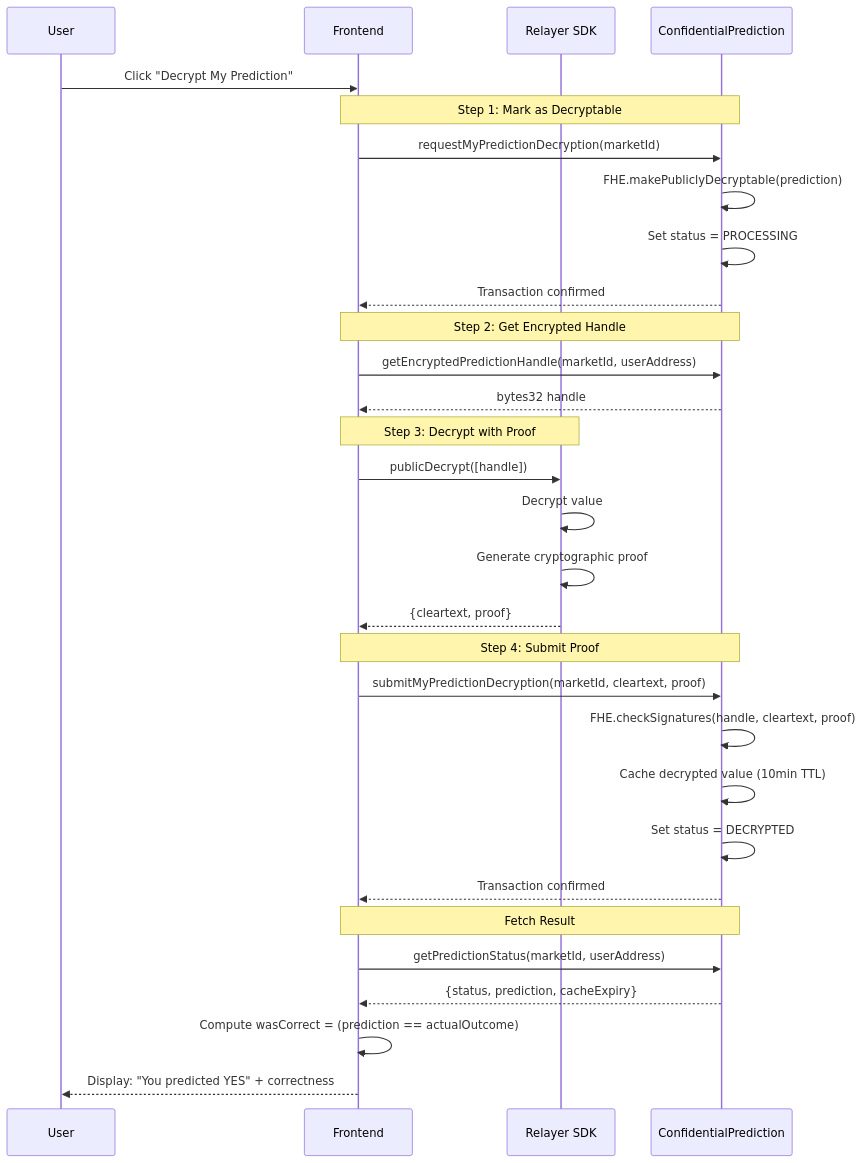
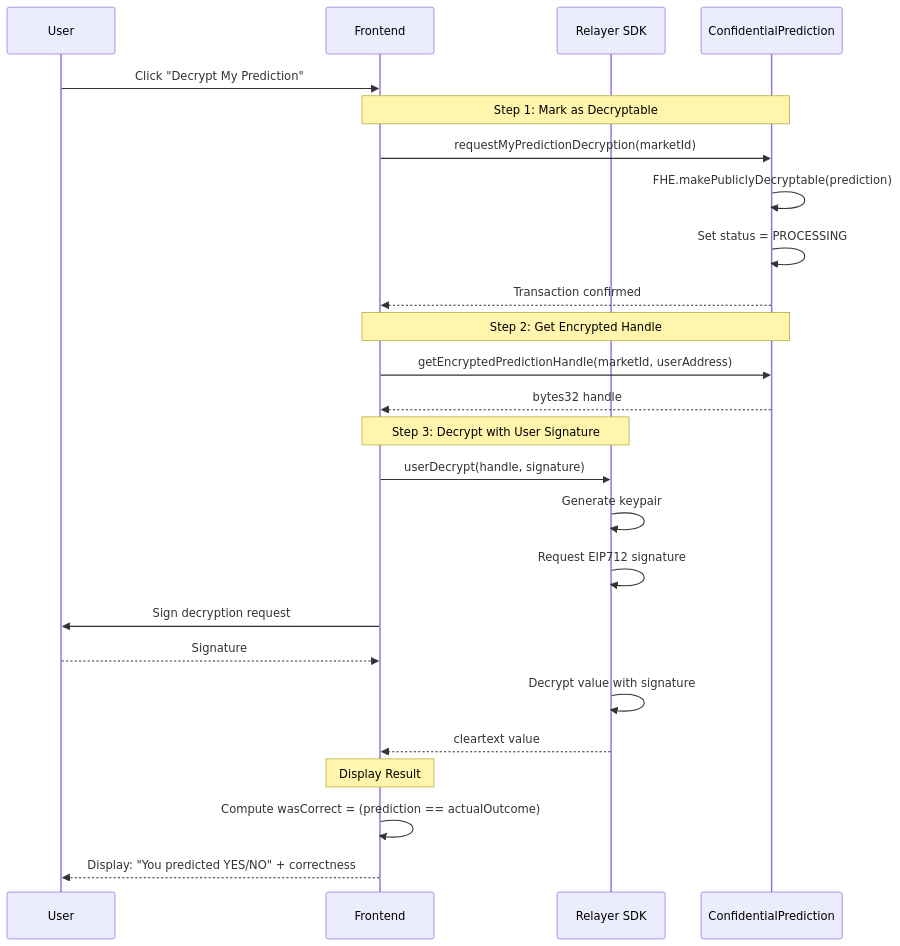
Before and after one commit to TrongNghia318/confidential-prediction: the fourth of 4 diagrams in README.md, drawn with Mermaid. The commit also changed other lines of this file, not shown here.

````diff
--- a/README.md
+++ b/README.md
@@ -123,38 +141,32 @@
 ```mermaid
 sequenceDiagram
     participant User as User
     participant UI as Frontend
     participant SDK as Relayer SDK
     participant Contract as ConfidentialPrediction
 
     User->>UI: Click "Decrypt My Prediction"
 
     Note over UI,Contract: Step 1: Mark as Decryptable
     UI->>Contract: requestMyPredictionDecryption(marketId)
     Contract->>Contract: FHE.makePubliclyDecryptable(prediction)
     Contract->>Contract: Set status = PROCESSING
     Contract-->>UI: Transaction confirmed
 
     Note over UI,Contract: Step 2: Get Encrypted Handle
     UI->>Contract: getEncryptedPredictionHandle(marketId, userAddress)
     Contract-->>UI: bytes32 handle
 
-    Note over UI,SDK: Step 3: Decrypt with Proof
-    UI->>SDK: publicDecrypt([handle])
-    SDK->>SDK: Decrypt value
-    SDK->>SDK: Generate cryptographic proof
-    SDK-->>UI: {cleartext, proof}
+    Note over UI,SDK: Step 3: Decrypt with User Signature
+    UI->>SDK: userDecrypt(handle, signature)
+    SDK->>SDK: Generate keypair
+    SDK->>SDK: Request EIP712 signature
+    UI->>User: Sign decryption request
+    User-->>UI: Signature
+    SDK->>SDK: Decrypt value with signature
+    SDK-->>UI: cleartext value
 
-    Note over UI,Contract: Step 4: Submit Proof
-    UI->>Contract: submitMyPredictionDecryption(marketId, cleartext, proof)
-    Contract->>Contract: FHE.checkSignatures(handle, cleartext, proof)
-    Contract->>Contract: Cache decrypted value (10min TTL)
-    Contract->>Contract: Set status = DECRYPTED
-    Contract-->>UI: Transaction confirmed
-
-    Note over UI,Contract: Fetch Result
-    UI->>Contract: getPredictionStatus(marketId, userAddress)
-    Contract-->>UI: {status, prediction, cacheExpiry}
+    Note over UI: Display Result
     UI->>UI: Compute wasCorrect = (prediction == actualOutcome)
-    UI-->>User: Display: "You predicted YES" + correctness
+    UI-->>User: Display: "You predicted YES/NO" + correctness
 ```
````
